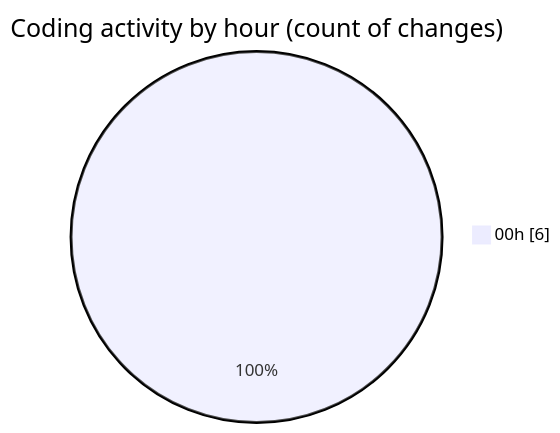
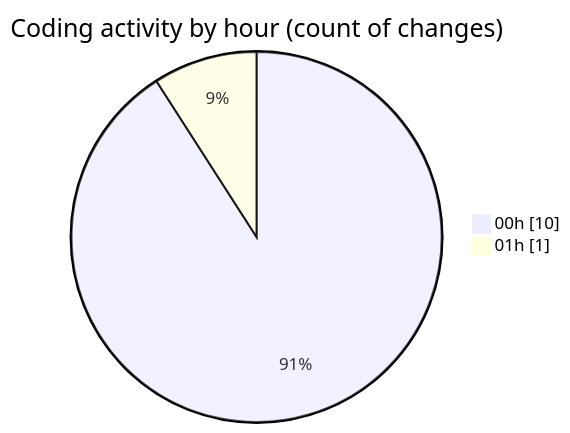
Before and after one commit to ernivani/code-tracking: the second of 2 diagrams in 2024-12-30/my-code-activity-ext/README.md, drawn with Mermaid. The commit also changed other lines of this file and 1 other file, not shown here.

````diff
--- a/2024-12-30/my-code-activity-ext/README.md
+++ b/2024-12-30/my-code-activity-ext/README.md
@@ -32,5 +34,6 @@
 ```mermaid
 pie showData
 title Coding activity by hour (count of changes)
-"00h" : 6
+"00h" : 10
+"01h" : 1
 ```
````
